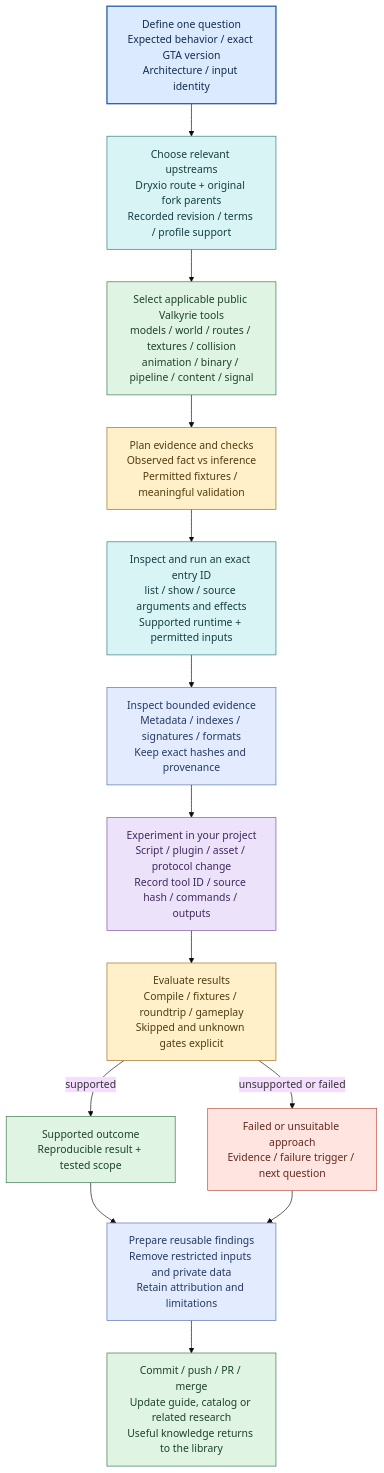
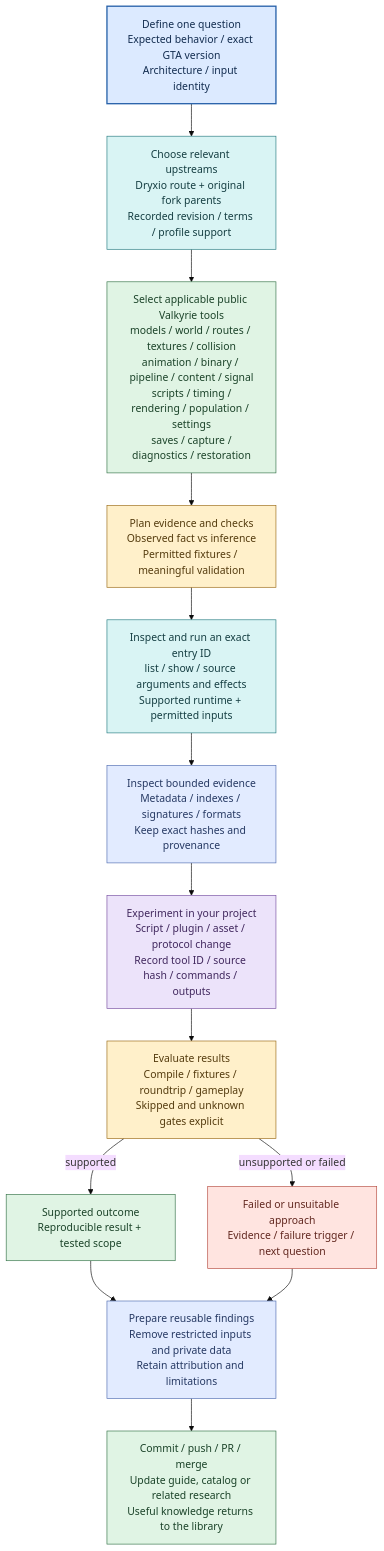
The diagram in docs/workshop/task-flow.mmd (darkcenturies/gta-workshop), drawn with Mermaid (base theme) before and after one commit. The commit also changed 42 other files, not shown here.

```diff
--- a/docs/workshop/task-flow.mmd
+++ b/docs/workshop/task-flow.mmd
@@ -1,49 +1,51 @@
 flowchart TB
     accTitle: Research and mod-making knowledge flow
     accDescr: Define a question and exact target, select relevant references, inspect evidence, experiment in a separate project, validate and return public knowledge including failed approaches.
     Q["Define one question
 Expected behavior / exact GTA version
 Architecture / input identity"]:::hub
     REF["Choose relevant upstreams
 Dryxio route + original fork parents
 Recorded revision / terms / profile support"]:::reference
     TOOLS["Select applicable public Valkyrie tools
 models / world / routes / textures / collision
-animation / binary / pipeline / content / signal"]:::public
+animation / binary / pipeline / content / signal
+ scripts / timing / rendering / population / settings
+ saves / capture / diagnostics / restoration"]:::public
     RUN["Inspect and run an exact entry ID
 list / show / source arguments and effects
 Supported runtime + permitted inputs"]:::reference
     PLAN["Plan evidence and checks
 Observed fact vs inference
 Permitted fixtures / meaningful validation"]:::gate
     ANALYZE["Inspect bounded evidence
 Metadata / indexes / signatures / formats
 Keep exact hashes and provenance"]:::evidence
     WORK["Experiment in your project
 Script / plugin / asset / protocol change
 Record tool ID / source hash / commands / outputs"]:::project
     CHECK["Evaluate results
 Compile / fixtures / roundtrip / gameplay
 Skipped and unknown gates explicit"]:::gate
     YES["Supported outcome
 Reproducible result + tested scope"]:::public
     NO["Failed or unsuitable approach
 Evidence / failure trigger / next question"]:::excluded
     SAFE["Prepare reusable findings
 Remove restricted inputs and private data
 Retain attribution and limitations"]:::evidence
     MERGE["Commit / push / PR / merge
 Update guide, catalog or related research
 Useful knowledge returns to the library"]:::public
     Q --> REF --> TOOLS --> PLAN --> RUN --> ANALYZE --> WORK --> CHECK
     CHECK -->|supported| YES
     CHECK -->|unsupported or failed| NO
     YES & NO --> SAFE --> MERGE
 
     classDef hub fill:#dceaff,stroke:#245fa8,color:#132d50,stroke-width:2px;
     classDef reference fill:#d9f4f4,stroke:#267b80,color:#153e42;
     classDef gate fill:#fff0ca,stroke:#9a6a16,color:#543b0e;
     classDef evidence fill:#e2ebff,stroke:#526eb1,color:#263963;
     classDef public fill:#e0f4e4,stroke:#367349,color:#1b4329;
     classDef project fill:#ece3fa,stroke:#7950a1,color:#41285e;
     classDef excluded fill:#ffe4e0,stroke:#b64c41,color:#622820;
```
